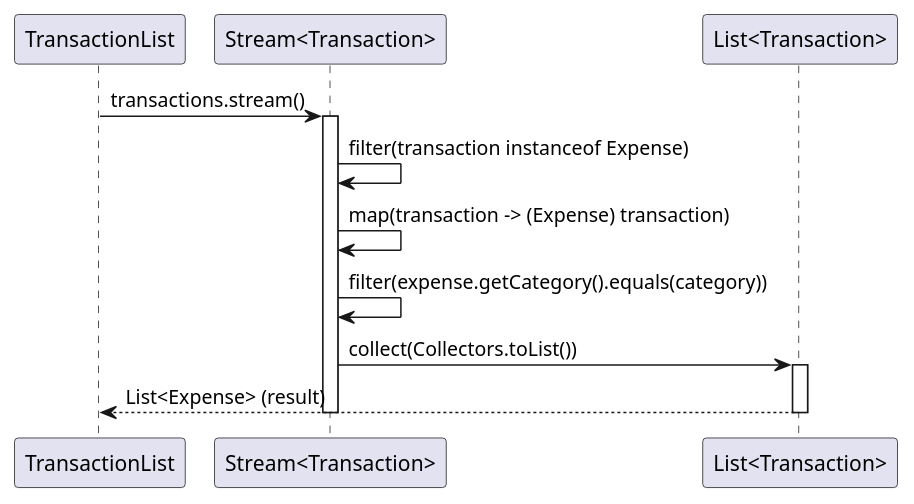
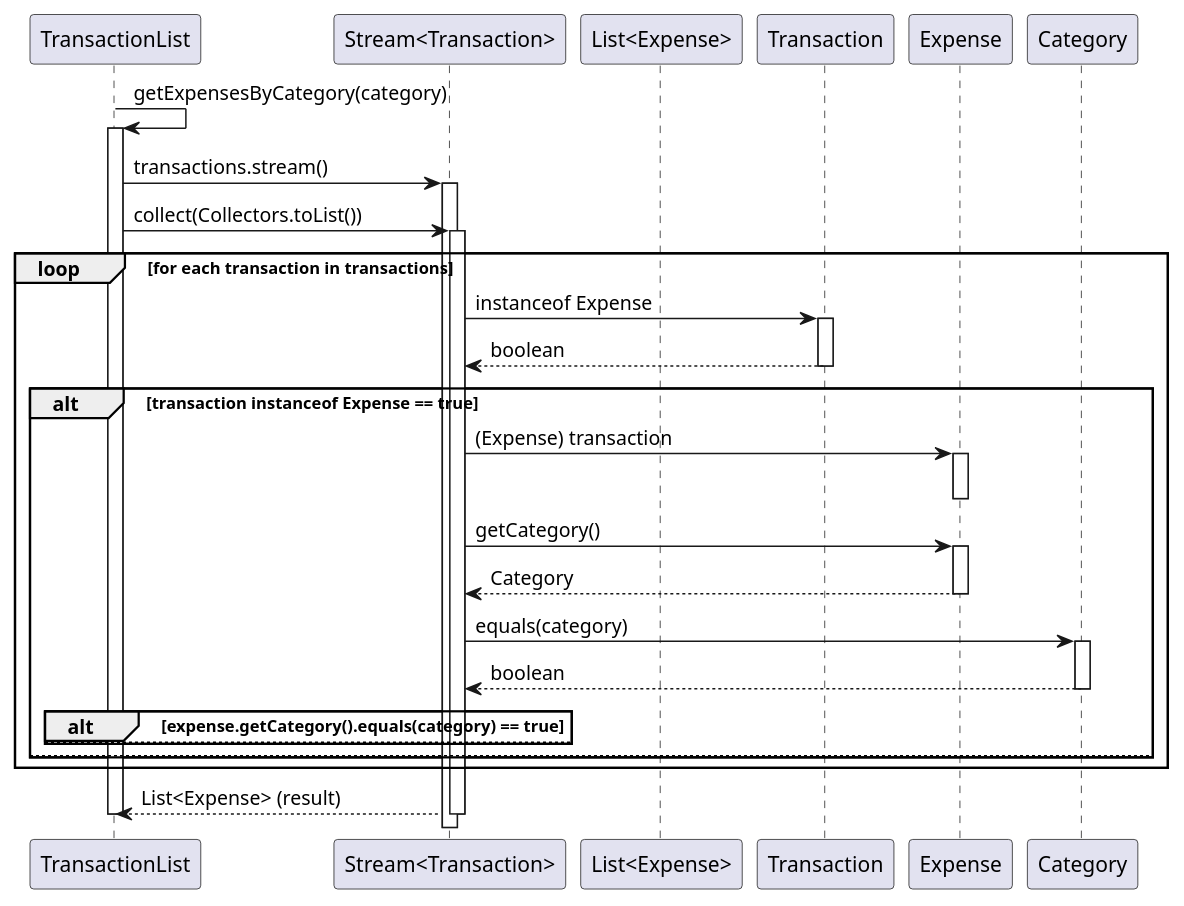
The diagram in docs/plantUMLCode/getexpensesbycategory-sequence-diagram.puml (nus-cs2113-AY2425S1/tp), drawn with PlantUML before and after one commit. The commit also changed 1 other file, not shown here.

Commit message:
Update DG diagram

```diff
--- a/docs/plantUMLCode/getexpensesbycategory-sequence-diagram.puml
+++ b/docs/plantUMLCode/getexpensesbycategory-sequence-diagram.puml
@@ -1,18 +1,58 @@
 @startuml
 participant "TransactionList" as TL
 participant "Stream<Transaction>" as Stream
-participant "List<Transaction>" as List
+participant "List<Expense>" as ResultList
+participant "Transaction" as Transaction
+participant "Expense" as Expense
+participant "Category" as Category
+
+TL -> TL: getExpensesByCategory(category)
+activate TL
 
 TL -> Stream: transactions.stream()
 activate Stream
 
-Stream -> Stream: filter(transaction instanceof Expense)
-Stream -> Stream: map(transaction -> (Expense) transaction)
-Stream -> Stream: filter(expense.getCategory().equals(category))
-Stream -> List: collect(Collectors.toList())
-activate List
+' The terminal operation collect triggers execution
+TL -> Stream: collect(Collectors.toList())
+activate Stream
 
-List --> TL: List<Expense> (result)
-deactivate List
+loop for each transaction in transactions
+    ' First filter: transaction instanceof Expense
+    Stream -> Transaction: instanceof Expense
+    activate Transaction
+    Transaction --> Stream: boolean
+    deactivate Transaction
+
+    alt transaction instanceof Expense == true
+        ' Map: (Expense) transaction
+        Stream -> Expense: (Expense) transaction
+        activate Expense
+        deactivate Expense
+
+        ' Second filter: expense.getCategory().equals(category)
+        Stream -> Expense: getCategory()
+        activate Expense
+        Expense --> Stream: Category
+        deactivate Expense
+
+        Stream -> Category: equals(category)
+        activate Category
+        Category --> Stream: boolean
+        deactivate Category
+
+        alt expense.getCategory().equals(category) == true
+            ' Include in result list
+        else
+            ' Exclude from result list
+        end
+    else
+        ' Skip transaction
+    end
+end
+
+' Collect the results into a list
+Stream --> TL: List<Expense> (result)
 deactivate Stream
+
+deactivate TL
 @enduml
```
